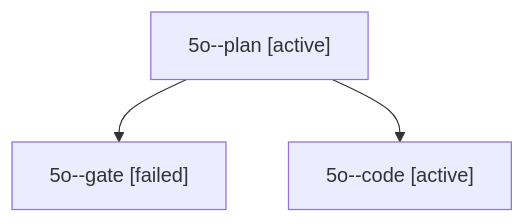
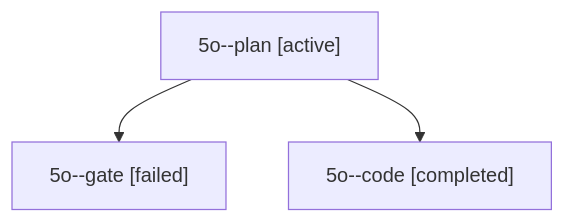
Before and after one commit to bobs-org/bob-cli--agents: the diagram in sessions/bbugyi200.apollo.5o.md, drawn with Mermaid. The commit also changed other lines of this file and 13 other files, not shown here.

````diff
--- a/sessions/bbugyi200.apollo.5o.md
+++ b/sessions/bbugyi200.apollo.5o.md
@@ -9,8 +9,8 @@
 ```mermaid
 flowchart TD
   n0["5o--plan [active]"]
   n1["5o--gate [failed]"]
   n0 --> n1
-  n2["5o--code [active]"]
+  n2["5o--code [completed]"]
   n0 --> n2
 ```
````
